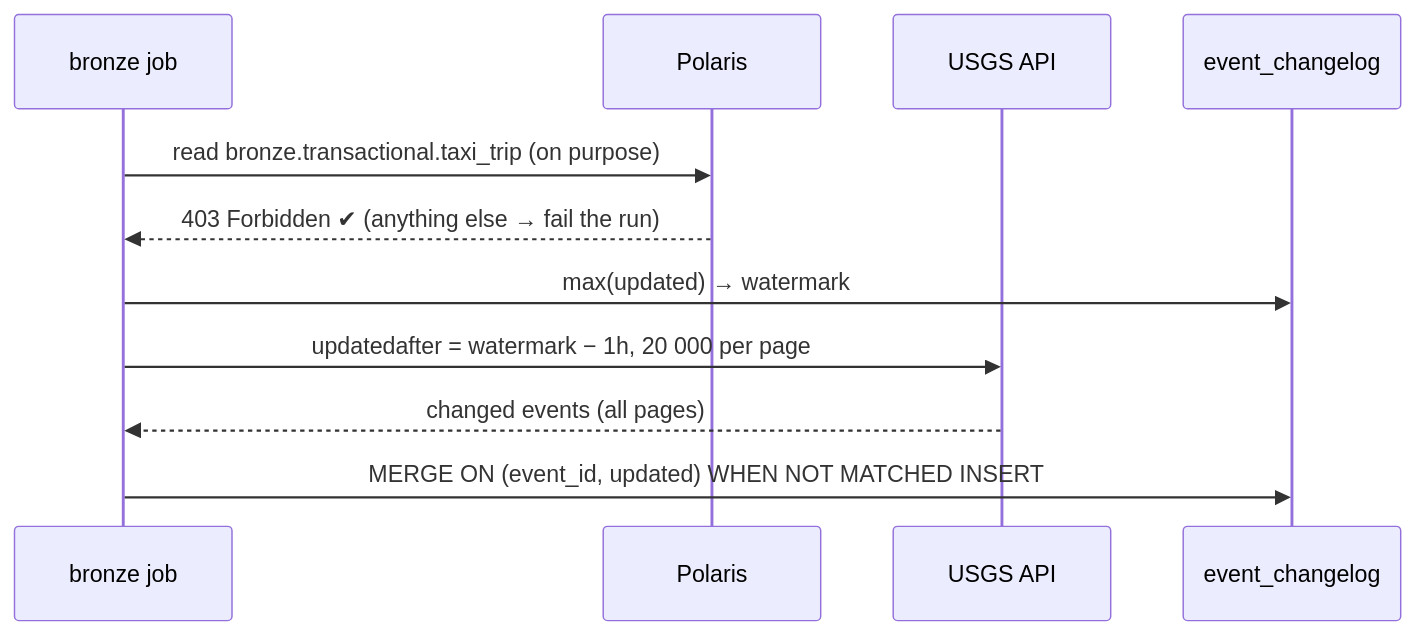
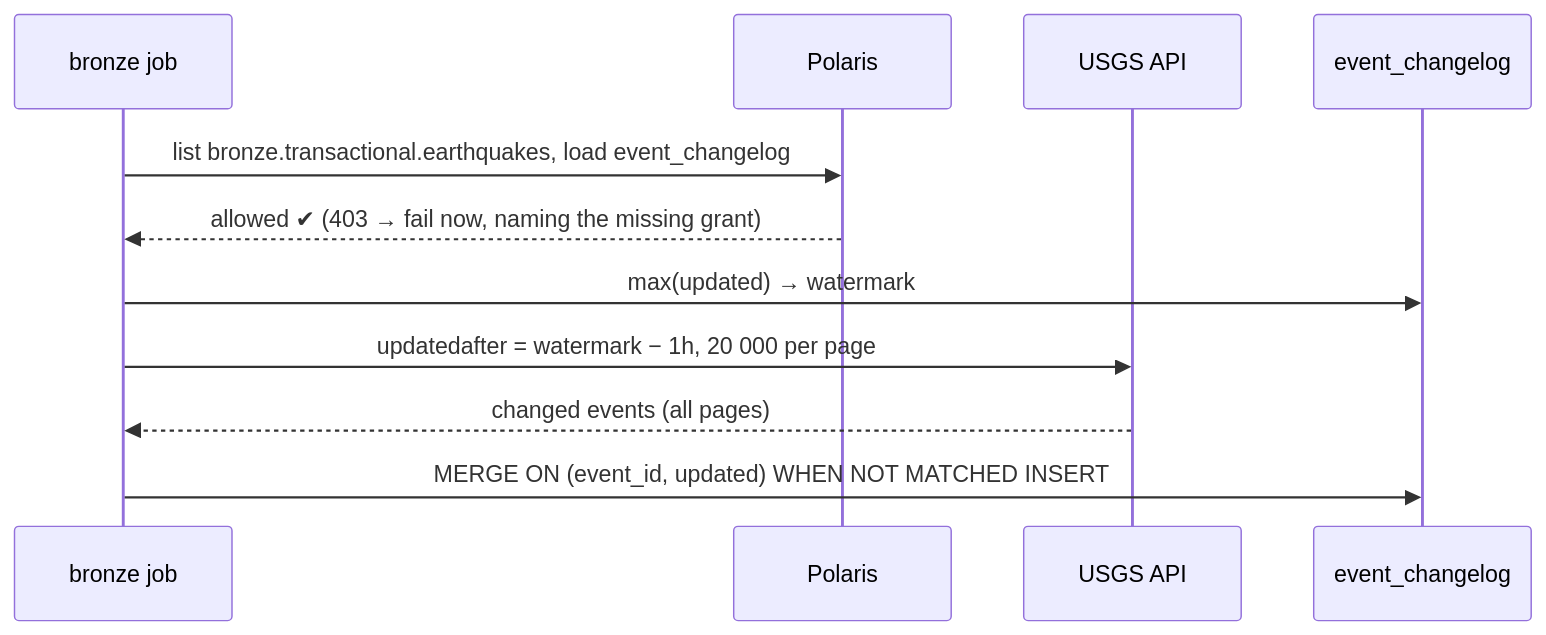
One commit to nopega/ice-berg-data-pipeline changed the second of 4 diagrams in pipelines/earthquakes/README.md. Above: the diagram before and after it, drawn with Mermaid. The commit also changed other lines of this file and 4 other files, not shown here.

````diff
--- a/pipelines/earthquakes/README.md
+++ b/pipelines/earthquakes/README.md
@@ -75,14 +77,14 @@
 ```mermaid
 sequenceDiagram
     participant J as bronze job
     participant P as Polaris
     participant U as USGS API
     participant T as event_changelog
 
-    J->>P: read bronze.transactional.taxi_trip (on purpose)
-    P-->>J: 403 Forbidden ✔ (anything else → fail the run)
+    J->>P: list bronze.transactional.earthquakes, load event_changelog
+    P-->>J: allowed ✔ (403 → fail now, naming the missing grant)
     J->>T: max(updated)  → watermark
     J->>U: updatedafter = watermark − 1h, 20 000 per page
     U-->>J: changed events (all pages)
     J->>T: MERGE ON (event_id, updated) WHEN NOT MATCHED INSERT
 ```
````
